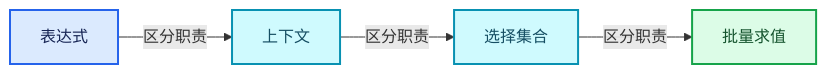
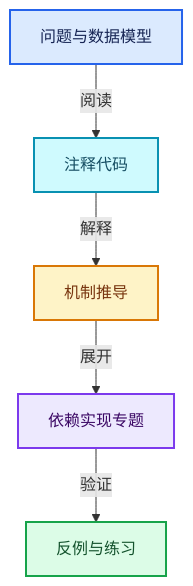
Before and after one commit to yunkezengren/blender-.vscode: the first of 2 diagrams in 杂/markdown/全面学习-codex/08-Field表达式与求值/README.md, drawn with Mermaid. The commit also changed other lines of this file and 1930 other files, not shown here.

````diff
--- a/杂/markdown/全面学习-codex/08-Field表达式与求值/README.md
+++ b/杂/markdown/全面学习-codex/08-Field表达式与求值/README.md
@@ -33,16 +24,18 @@
 ```mermaid
-flowchart LR
-  C0["表达式"]:::input
-  C1["上下文"]:::data
-  C2["选择集合"]:::data
-  C3["批量求值"]:::result
-  C0 -->|"区分职责"| C1
-  C1 -->|"区分职责"| C2
-  C2 -->|"区分职责"| C3
+flowchart TB
+  A["问题与数据模型"]:::input
+  B["注释代码"]:::data
+  C["机制推导"]:::compute
+  D["依赖实现专题"]:::abstraction
+  E["反例与练习"]:::result
+  A -->|"阅读"| B
+  B -->|"解释"| C
+  C -->|"展开"| D
+  D -->|"验证"| E
   classDef input fill:#DBEAFE,stroke:#2563EB,color:#172554,stroke-width:2px;
   classDef data fill:#CFFAFE,stroke:#0891B2,color:#164E63,stroke-width:2px;
   classDef abstraction fill:#EDE9FE,stroke:#7C3AED,color:#3B0764,stroke-width:2px;
   classDef compute fill:#FEF3C7,stroke:#D97706,color:#78350F,stroke-width:2px;
   classDef result fill:#DCFCE7,stroke:#16A34A,color:#14532D,stroke-width:2px;
   classDef error fill:#FEE2E2,stroke:#DC2626,color:#7F1D1D,stroke-width:2px;
 ```
````
